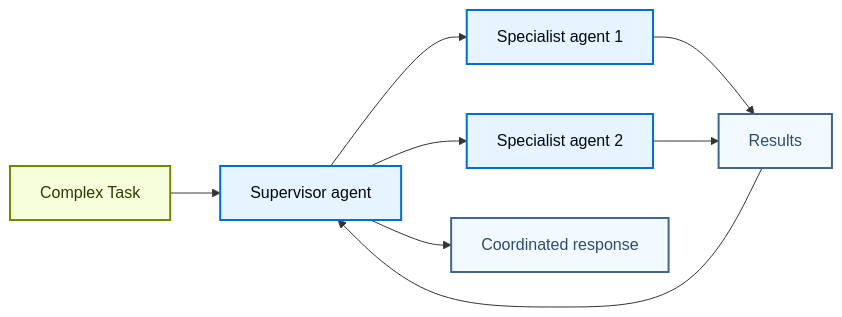
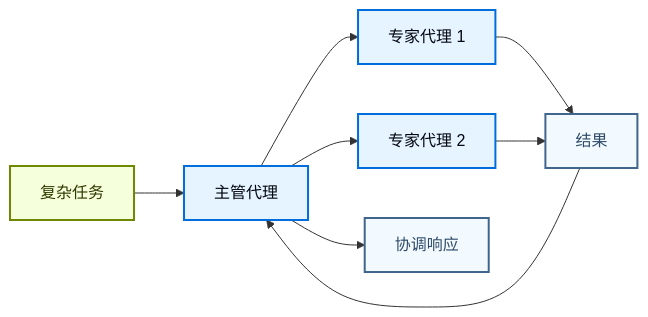
The fourth of 4 diagrams in oss/javascript/langchain/component-architecture.mdx (kunfan96/cndocs-langchain), drawn with Mermaid before and after one commit. The commit also changed other lines of this file and 2498 other files, not shown here.

````diff
--- a/oss/javascript/langchain/component-architecture.mdx
+++ b/oss/javascript/langchain/component-architecture.mdx
@@ -130,18 +130,18 @@
 ```mermaid
 graph LR
-    A[Complex Task] --> B[Supervisor agent]
-    B --> C[Specialist agent 1]
-    B --> D[Specialist agent 2]
-    C --> E[Results]
+    A[复杂任务] --> B[主管代理]
+    B --> C[专家代理 1]
+    B --> D[专家代理 2]
+    C --> E[结果]
     D --> E
     E --> B
-    B --> F[Coordinated response]
+    B --> F[协调响应]
 
     classDef trigger fill:#F6FFDB,stroke:#6E8900,stroke-width:2px,color:#2E3900
     classDef process fill:#E5F4FF,stroke:#006DDD,stroke-width:2px,color:#030710
     classDef neutral fill:#F2FAFF,stroke:#40668D,stroke-width:2px,color:#2F4B68
 
     class A trigger
     class B,C,D process
     class E,F neutral
 ```
````
